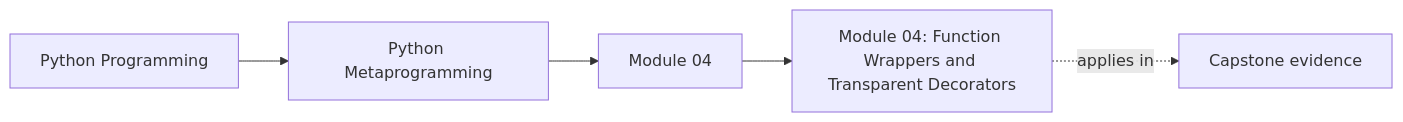
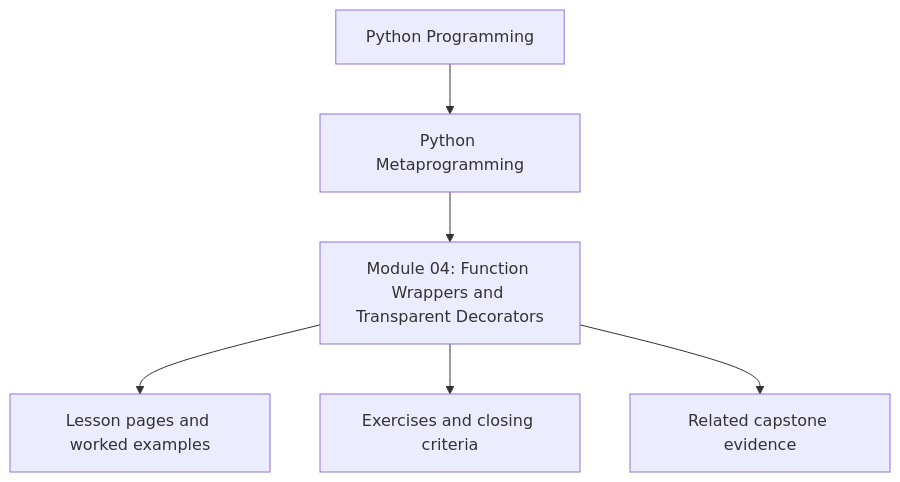
One commit to bijux/bijux-masterclass changed the first of 4 diagrams in programs/python-programming/python-meta-programming/course-book/module-04-function-wrappers-and-decorators/index.md. Above: the diagram before and after it, drawn with Mermaid. The commit also changed other lines of this file and 10 other files, not shown here.

Commit message:
docs(python-meta-programming): reposition module overview diagrams

````diff
--- a/programs/python-programming/python-meta-programming/course-book/module-04-function-wrappers-and-decorators/index.md
+++ b/programs/python-programming/python-meta-programming/course-book/module-04-function-wrappers-and-decorators/index.md
@@ -8,11 +8,8 @@
 ```mermaid
-graph LR
-  family["Python Programming"]
-  program["Python Metaprogramming"]
-  section["Module 04"]
-  page["Module 04: Function Wrappers and Transparent Decorators"]
-  capstone["Capstone evidence"]
-
-  family --> program --> section --> page
-  page -.applies in.-> capstone
+flowchart TD
+  family["Python Programming"] --> program["Python Metaprogramming"]
+  program --> module["Module 04: Function Wrappers and Transparent Decorators"]
+  module --> lessons["Lesson pages and worked examples"]
+  module --> checkpoints["Exercises and closing criteria"]
+  module --> capstone["Related capstone evidence"]
 ```
````
